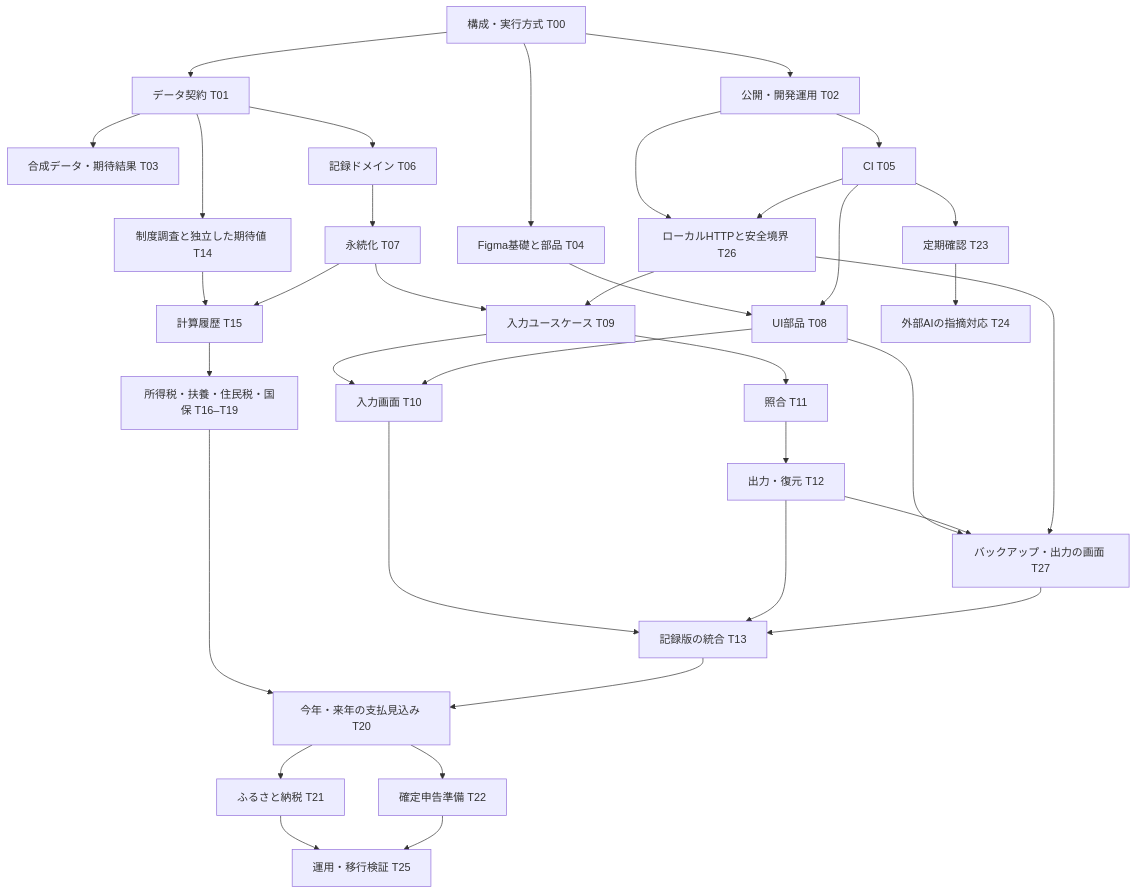
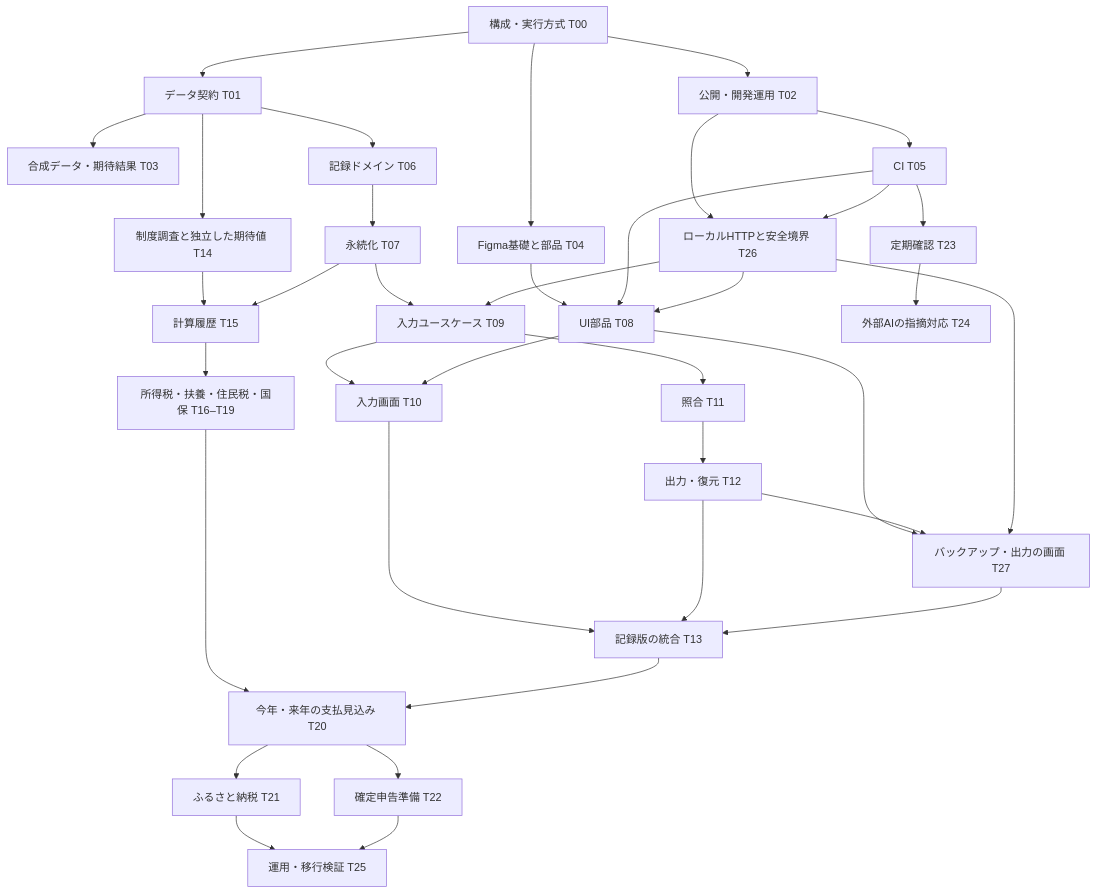
One commit to doc-gif/kurashi-ledger changed the diagram in docs/implementation-plan.md. Above: the diagram before and after it, drawn with Mermaid. The commit also changed other lines of this file and 5 other files, not shown here.

````diff
--- a/docs/implementation-plan.md
+++ b/docs/implementation-plan.md
@@ -28,38 +28,39 @@
 ```mermaid
 flowchart TD
   T00[構成・実行方式 T00] --> T01[データ契約 T01]
   T00 --> T02[公開・開発運用 T02]
   T01 --> T03[合成データ・期待結果 T03]
   T01 --> T06[記録ドメイン T06]
   T00 --> T04[Figma基礎と部品 T04]
   T04 --> T08[UI部品 T08]
   T02 --> T05[CI T05]
   T05 --> T08
   T06 --> T07[永続化 T07]
   T07 --> T09[入力ユースケース T09]
   T02 --> T26[ローカルHTTPと安全境界 T26]
   T05 --> T26
   T26 --> T09
+  T26 --> T08
   T09 --> T10[入力画面 T10]
   T08 --> T10
   T09 --> T11[照合 T11]
   T11 --> T12[出力・復元 T12]
   T08 --> T27[バックアップ・出力の画面 T27]
   T12 --> T27
   T26 --> T27
   T10 --> T13[記録版の統合 T13]
   T12 --> T13
   T27 --> T13
   T01 --> T14[制度調査と独立した期待値 T14]
   T14 --> T15[計算履歴 T15]
   T07 --> T15
   T15 --> CALC[所得税・扶養・住民税・国保 T16–T19]
   CALC --> T20[今年・来年の支払見込み T20]
   T13 --> T20
   T20 --> T21[ふるさと納税 T21]
   T20 --> T22[確定申告準備 T22]
   T05 --> T23[定期確認 T23]
   T23 --> T24[外部AIの指摘対応 T24]
   T21 --> T25[運用・移行検証 T25]
   T22 --> T25
 ```
````
